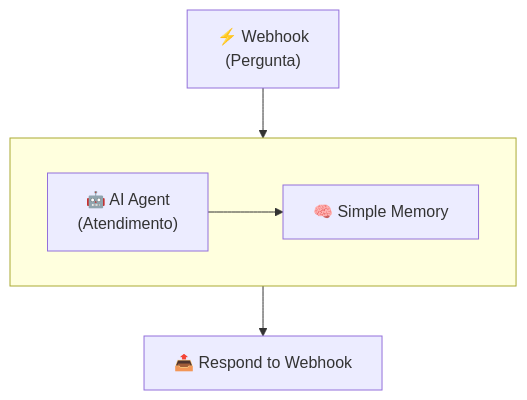
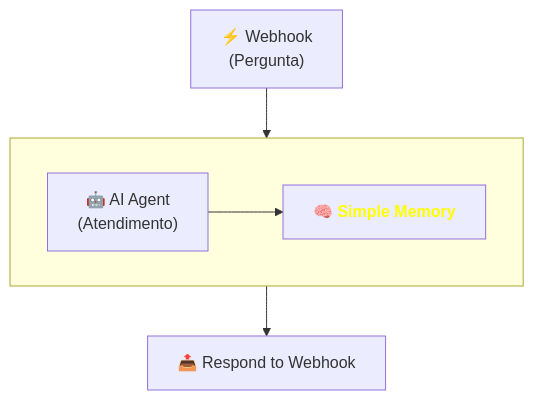
The second of 2 diagrams in pages/n8n/slide-etapa6.md (jcguimaraesnet/course-intelligent-agents), drawn with Mermaid before and after one commit.

Commit message:
style(n8n): destacar nó Simple Memory no diagrama mermaid da etapa 6

````diff
--- a/pages/n8n/slide-etapa6.md
+++ b/pages/n8n/slide-etapa6.md
@@ -353,9 +353,10 @@
 ```mermaid {theme: 'dark'}
 flowchart TB
     A["⚡ Webhook<br/>(Pergunta)"] --> Sub
     subgraph Sub [" "]
         E["🤖 AI Agent<br/>(Atendimento)"]
         E --> M["🧠 Simple Memory"]
     end
     Sub --> J["📤 Respond to Webhook"]
+style M fill:stroke:#f59e0b,font-weight:bold,color:yellow
 ```
````
